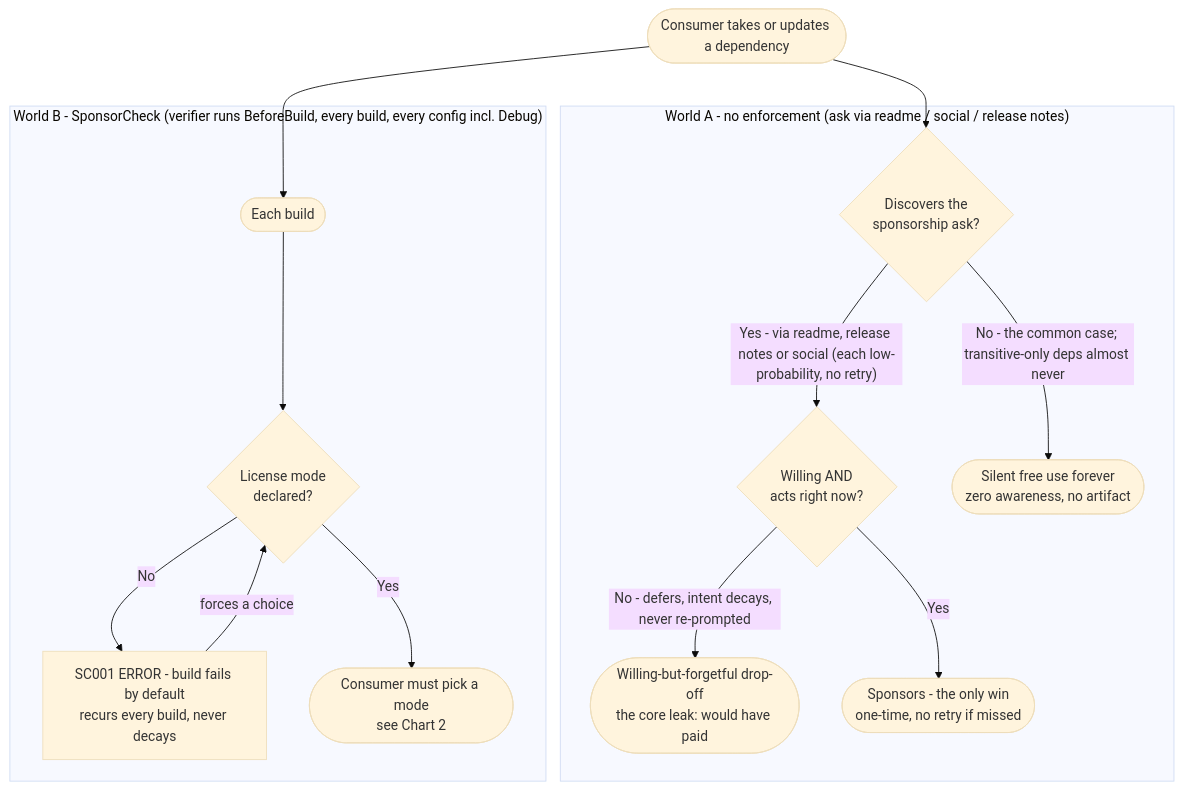
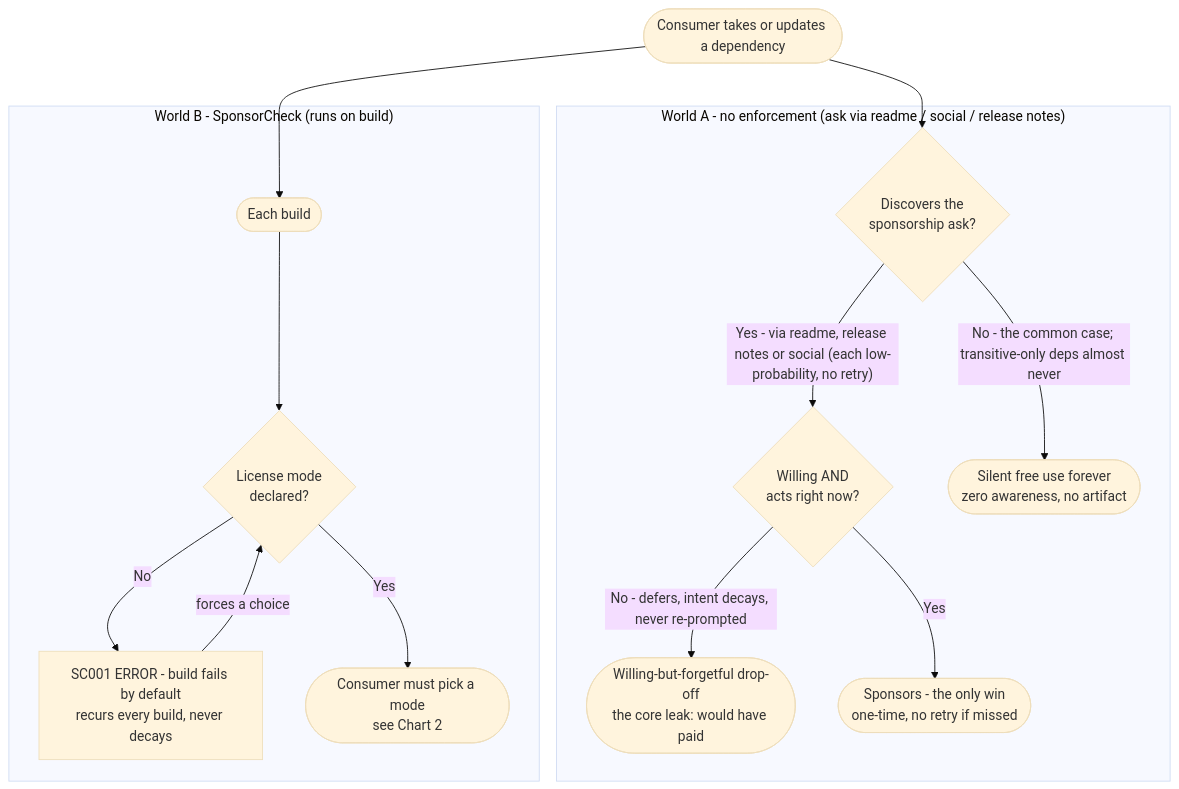
Before and after one commit to SimonCropp/SponsorCheck: the first of 4 diagrams in docs/WhyBuildTimeVerification.md, drawn with Mermaid (base theme).

````diff
--- a/docs/WhyBuildTimeVerification.md
+++ b/docs/WhyBuildTimeVerification.md
@@ -21,22 +21,22 @@
 ```mermaid
 flowchart TD
     Dep(["Consumer takes or updates a dependency"])
 
     subgraph WorldA["World A - no enforcement (ask via readme / social / release notes)"]
         A1{"Discovers the<br/>sponsorship ask?"}
         A1 -->|"Yes - via readme, release notes or social (each low-probability, no retry)"| A2{"Willing AND<br/>acts right now?"}
         A1 -->|"No - the common case; transitive-only deps almost never"| ASilent(["Silent free use forever<br/>zero awareness, no artifact"])
         A2 -->|"No - defers, intent decays, never re-prompted"| AForget(["Willing-but-forgetful drop-off<br/>the core leak: would have paid"])
         A2 -->|"Yes"| ASponsor(["Sponsors - the only win<br/>one-time, no retry if missed"])
     end
 
-    subgraph WorldB["World B - SponsorCheck (verifier runs BeforeBuild, every build, every config incl. Debug)"]
+    subgraph WorldB["World B - SponsorCheck (runs on build)"]
         B1(["Each build"]) --> B2{"License mode<br/>declared?"}
         B2 -->|"No"| BSC001["SC001 ERROR - build fails by default<br/>recurs every build, never decays"]
         BSC001 -->|"forces a choice"| B2
         B2 -->|"Yes"| BChoose(["Consumer must pick a mode<br/>see Chart 2"])
     end
 
     Dep --> A1
     Dep --> B1
 ```
````
